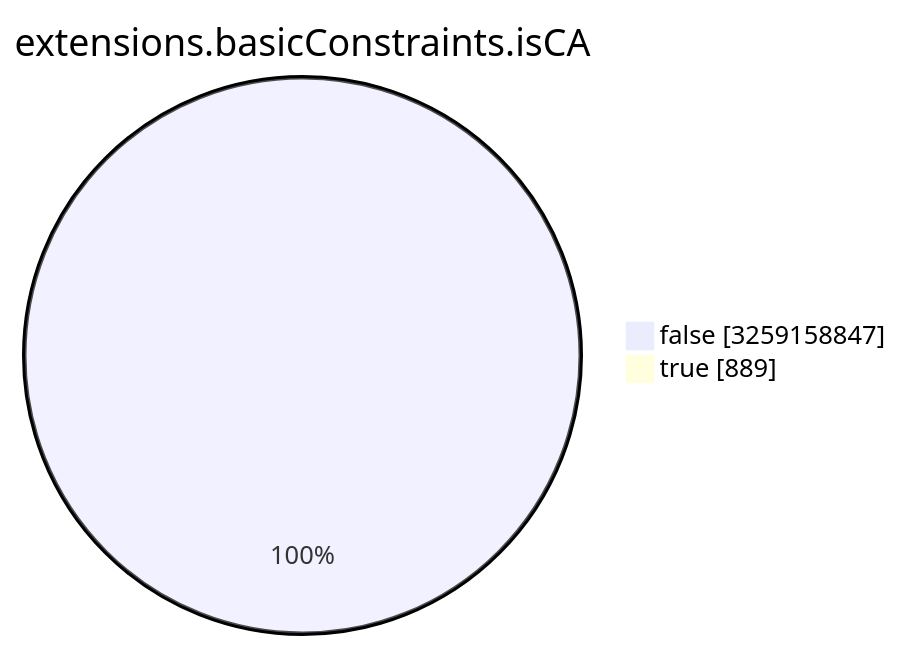
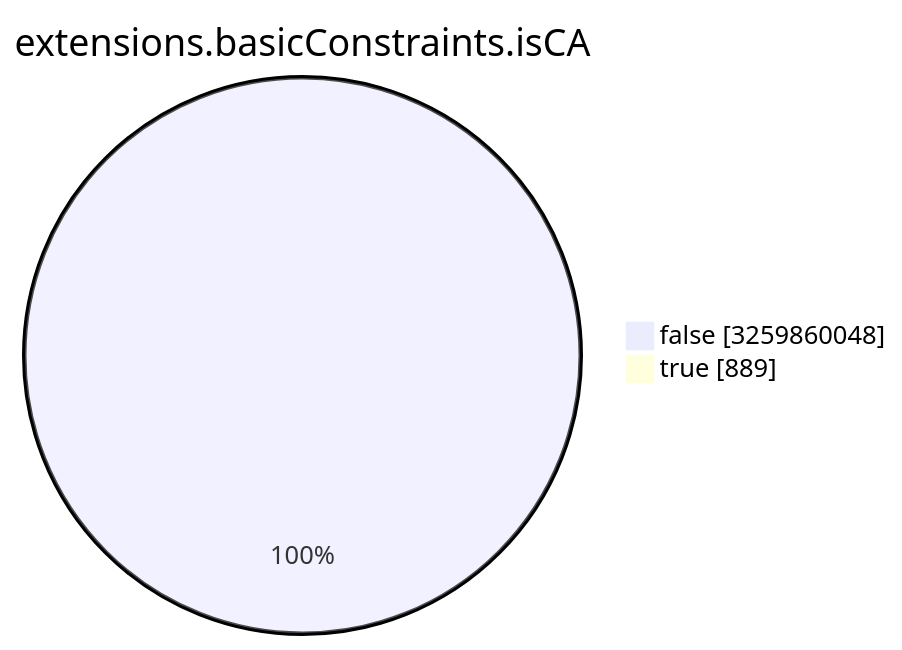
One commit to christiankrug/ctmonitor_visualization changed the seventh of 15 diagrams in TOTAL/README.md. Above: the diagram before and after it, drawn with Mermaid. The commit also changed other lines of this file, not shown here.

````diff
--- a/TOTAL/README.md
+++ b/TOTAL/README.md
@@ -3088,6 +3088,6 @@
 ```mermaid
 pie showData
 title extensions.basicConstraints.isCA
-"false" :3259158847
+"false" :3259860048
 "true" :889
 ```
````
